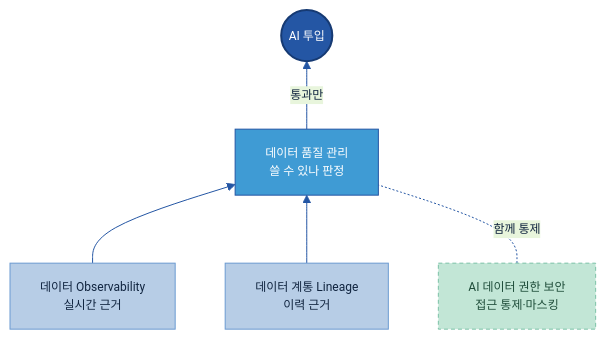
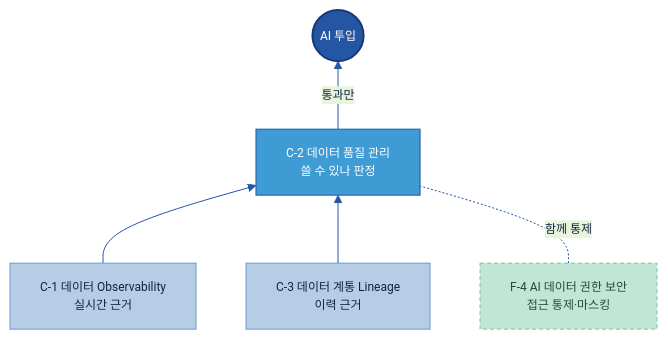
Before and after one commit to jin-kearney/ai-ready-data-manual: the fourth of 6 diagrams in 전체 목차/00 전체 목차 (20개 주제).md, drawn with Mermaid. The commit also changed other lines of this file, not shown here.

````diff
--- a/전체 목차/00 전체 목차 (20개 주제).md
+++ b/전체 목차/00 전체 목차 (20개 주제).md
@@ -236,12 +223,12 @@
 ```mermaid
 %%{init: {'theme':'base','themeVariables':{'primaryColor':'#DCE8F5','primaryBorderColor':'#2456A4','primaryTextColor':'#10243f','lineColor':'#2456A4','fontSize':'12px'}}}%%
 flowchart BT
-    OBS["데이터 Observability<br/>실시간 근거"]:::n --> QUAL
-    LIN["데이터 계통 Lineage<br/>이력 근거"]:::n --> QUAL["데이터 품질 관리<br/>쓸 수 있나 판정"]:::gate
-    SEC["AI 데이터 권한 보안<br/>접근 통제·마스킹"]:::cross -.함께 통제.- QUAL
+    OBS["C-1 데이터 Observability<br/>실시간 근거"]:::n --> QUAL
+    LIN["C-3 데이터 계통 Lineage<br/>이력 근거"]:::n --> QUAL["C-2 데이터 품질 관리<br/>쓸 수 있나 판정"]:::gate
+    SEC["F-4 AI 데이터 권한 보안<br/>접근 통제·마스킹"]:::cross -.함께 통제.- QUAL
     QUAL -->|통과만| AI(("AI 투입")):::cat
     classDef n fill:#B7CDE6,stroke:#6B9AD1,color:#10243f;
     classDef gate fill:#3F9BD4,stroke:#2456A4,color:#fff;
     classDef cat fill:#2456A4,color:#fff,stroke:#163a73,stroke-width:2px;
     classDef cross fill:#C2E6D6,stroke:#7CC2A7,color:#1f4d3a,stroke-dasharray:4 3;
 ```
````
